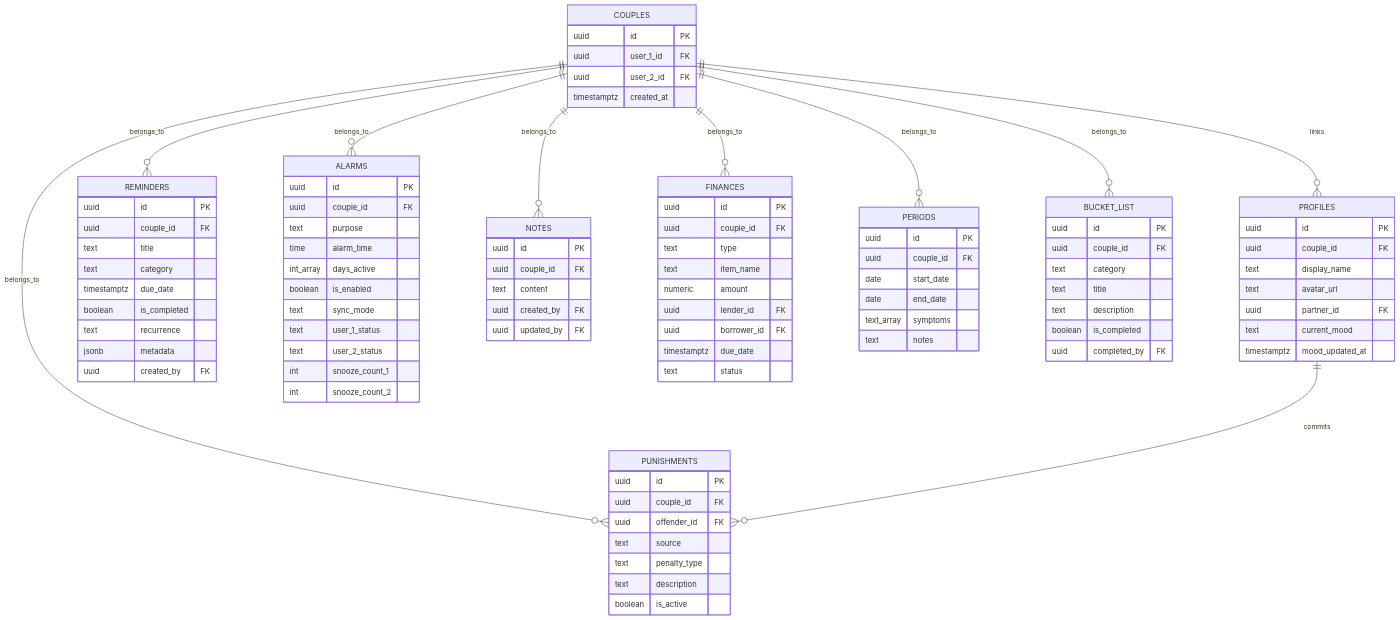
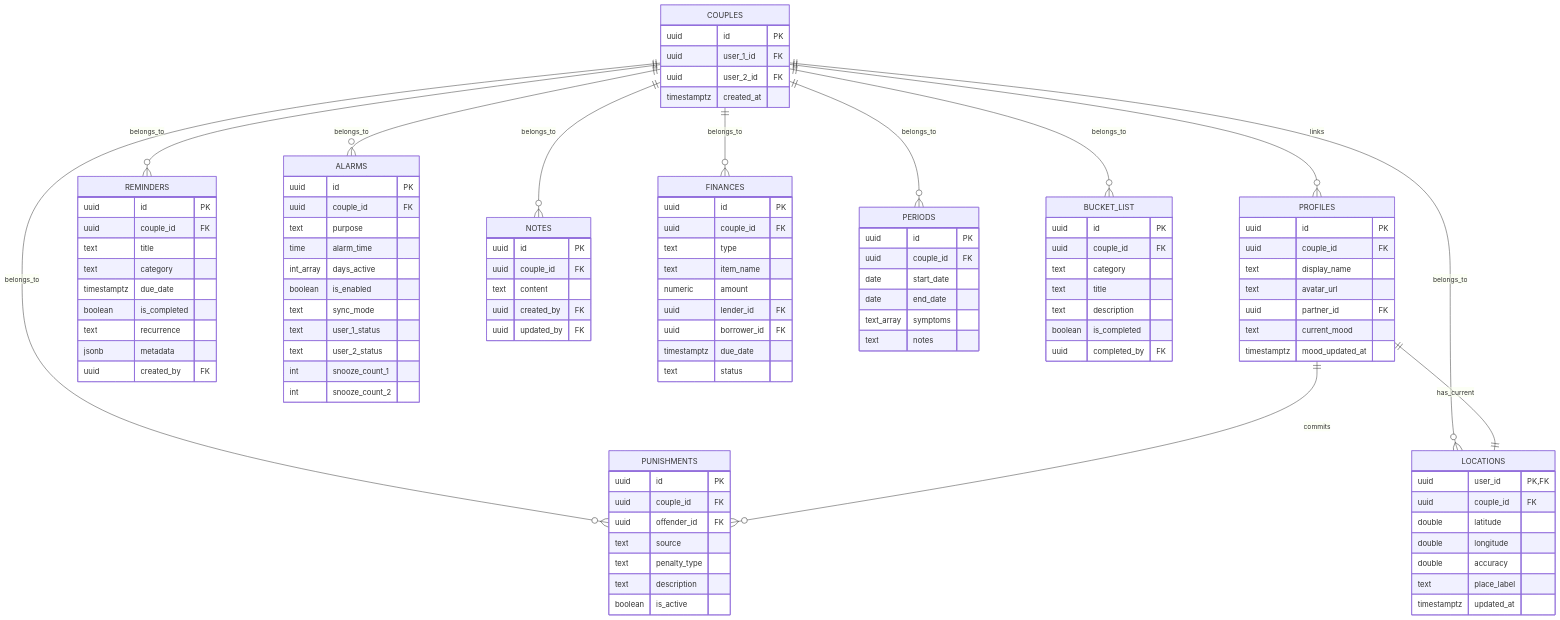
The diagram in README.md (Adarsh-Aravind/NOVIA), drawn with Mermaid before and after one commit. The commit also changed other lines of this file, not shown here.

Commit message:
docs: Update README with new features and database schema

````diff
--- a/README.md
+++ b/README.md
@@ -146,6 +153,15 @@
         boolean is_completed
         uuid completed_by FK
     }
+    LOCATIONS {
+        uuid user_id PK, FK
+        uuid couple_id FK
+        double latitude
+        double longitude
+        double accuracy
+        text place_label
+        timestamptz updated_at
+    }
 
     COUPLES ||--o{ PROFILES : "links"
     COUPLES ||--o{ REMINDERS : "belongs_to"
@@ -155,5 +171,7 @@
     COUPLES ||--o{ FINANCES : "belongs_to"
     COUPLES ||--o{ PERIODS : "belongs_to"
     COUPLES ||--o{ BUCKET_LIST : "belongs_to"
+    COUPLES ||--o{ LOCATIONS : "belongs_to"
     PROFILES ||--o{ PUNISHMENTS : "commits"
+    PROFILES ||--|| LOCATIONS : "has_current"
 ```
````
